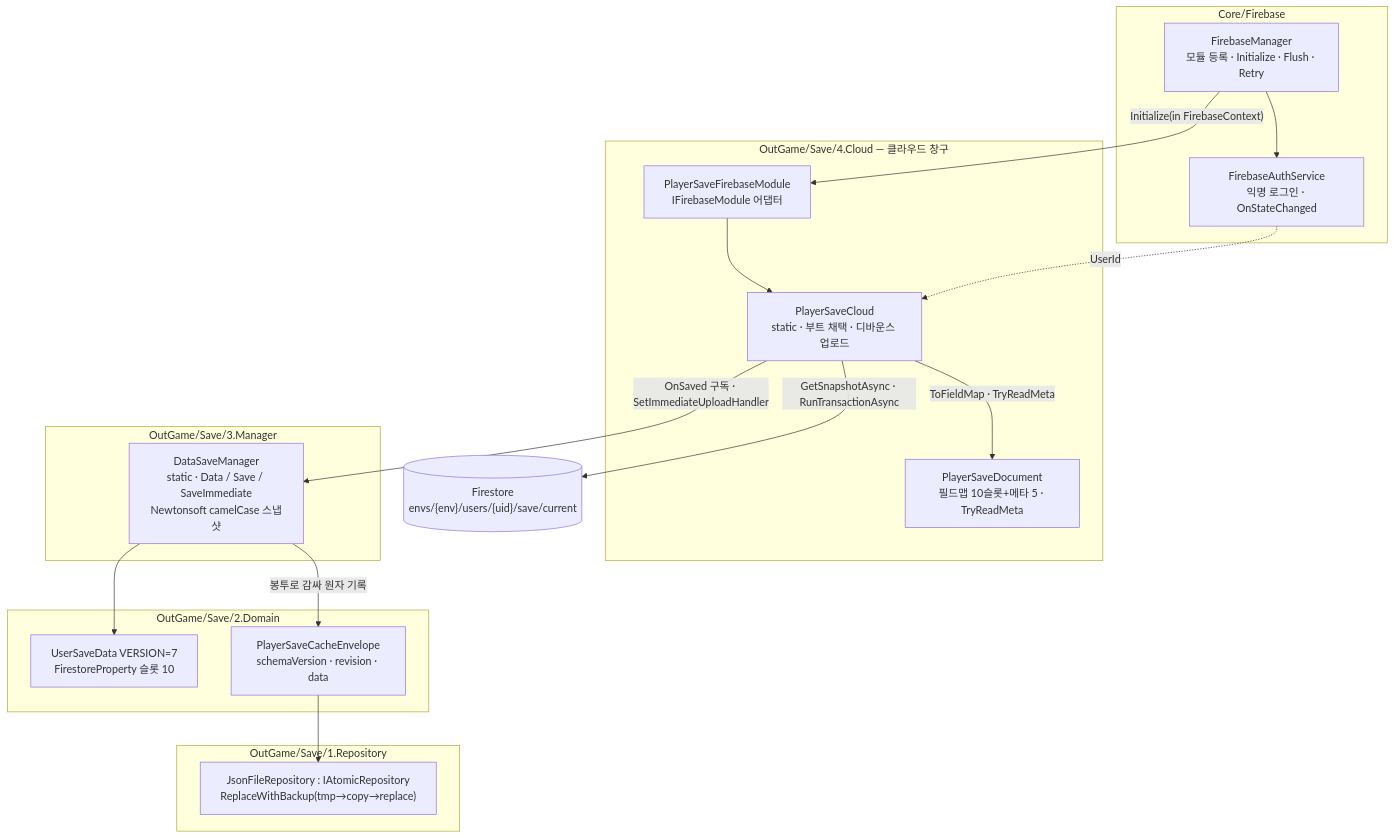
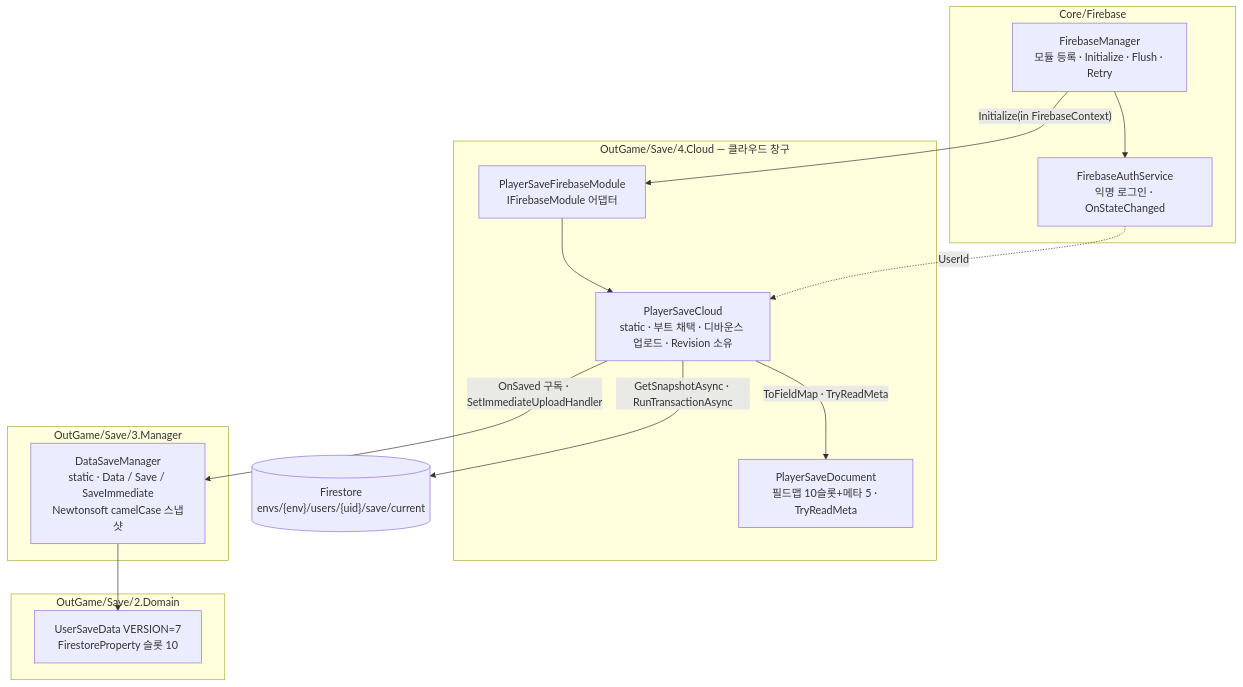
Before and after one commit to hspark-maker/TeamfightTCG_Migriation: the first of 27 diagrams in docs/OutGamePlan/STRUCTURE.md, drawn with Mermaid. The commit also changed other lines of this file and 24 other files, not shown here.

````diff
--- a/docs/OutGamePlan/STRUCTURE.md
+++ b/docs/OutGamePlan/STRUCTURE.md
@@ -10,32 +11,27 @@
 ```mermaid
 flowchart TD
     subgraph L4["OutGame/Save/4.Cloud — 클라우드 창구"]
-        CLOUD["PlayerSaveCloud<br/>static · 부트 채택 · 디바운스 업로드"]
+        CLOUD["PlayerSaveCloud<br/>static · 부트 채택 · 디바운스 업로드 · Revision 소유"]
         DOC["PlayerSaveDocument<br/>필드맵 10슬롯+메타 5 · TryReadMeta"]
         MOD["PlayerSaveFirebaseModule<br/>IFirebaseModule 어댑터"]
     end
     subgraph L3["OutGame/Save/3.Manager"]
         DSM["DataSaveManager<br/>static · Data / Save / SaveImmediate<br/>Newtonsoft camelCase 스냅샷"]
     end
     subgraph L2["OutGame/Save/2.Domain"]
         USD["UserSaveData VERSION=7<br/>FirestoreProperty 슬롯 10"]
-        ENV["PlayerSaveCacheEnvelope<br/>schemaVersion · revision · data"]
-    end
-    subgraph L1["OutGame/Save/1.Repository"]
-        JSON["JsonFileRepository : IAtomicRepository<br/>ReplaceWithBackup(tmp→copy→replace)"]
     end
     subgraph CORE["Core/Firebase"]
         FBM["FirebaseManager<br/>모듈 등록 · Initialize · Flush · Retry"]
         AUTH["FirebaseAuthService<br/>익명 로그인 · OnStateChanged"]
     end
     FS[("Firestore<br/>envs/{env}/users/{uid}/save/current")]
 
     FBM -->|"Initialize(in FirebaseContext)"| MOD --> CLOUD
     FBM --> AUTH
     CLOUD -->|"OnSaved 구독 · SetImmediateUploadHandler"| DSM
     CLOUD -->|"ToFieldMap · TryReadMeta"| DOC
     CLOUD -->|"GetSnapshotAsync · RunTransactionAsync"| FS
     DSM --> USD
-    DSM -->|봉투로 감싸 원자 기록| ENV --> JSON
     AUTH -.->|UserId| CLOUD
 ```
````
